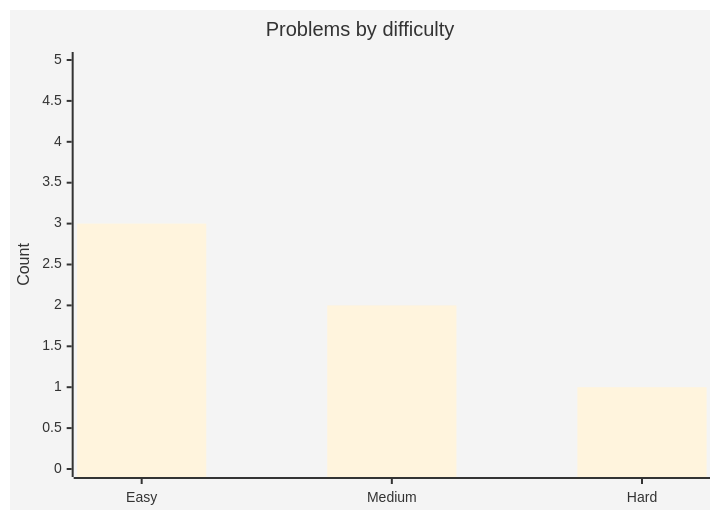
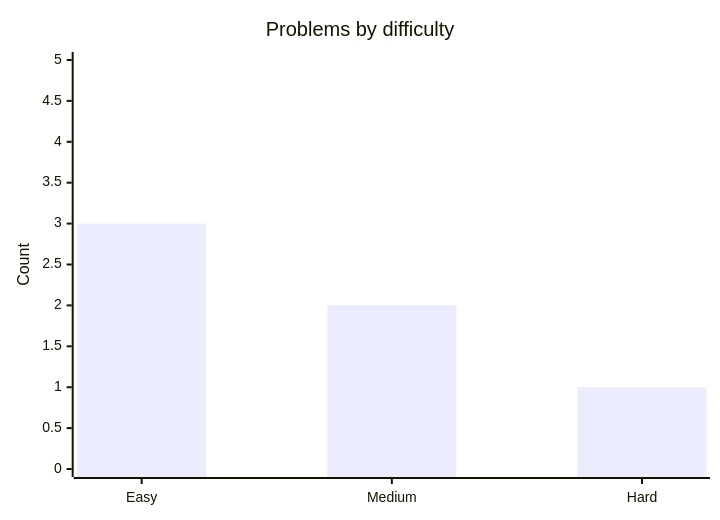
The diagram in README.md (hinata-koizumi/leetcode-journey), drawn with Mermaid before and after one commit. The commit also changed 1 other file, not shown here.

Commit message:
Set Easy/Medium/Hard bar colors in Mermaid xychart.

````diff
--- a/README.md
+++ b/README.md
@@ -12,8 +12,8 @@
 ```mermaid
-%%{init: {"theme":"base"}}%%
+%%{init: {"theme":"base","themeVariables":{"xyChart":{"plotColorPalette":"#66d9ef,#ffd866,#ff6b6b"}}}%%
 xychart-beta
     title "Problems by difficulty"
     x-axis [Easy, Medium, Hard]
     y-axis "Count" 0 --> 5
     bar [3, 2, 1]
 ```
````
